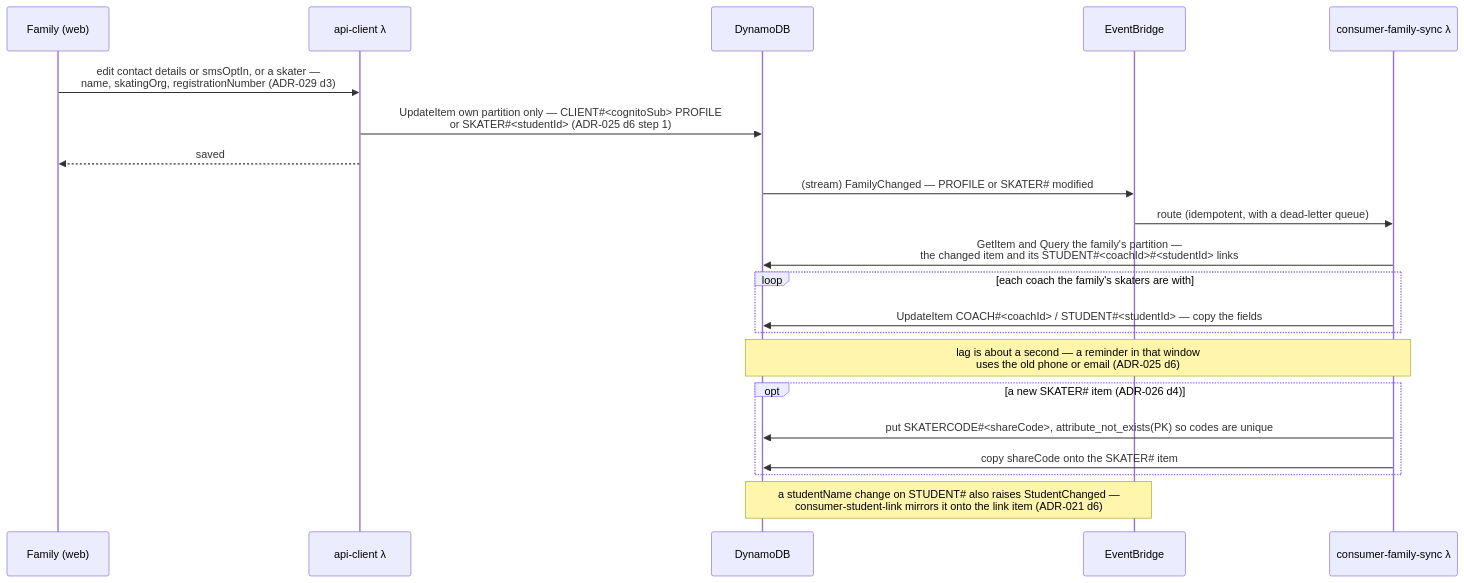
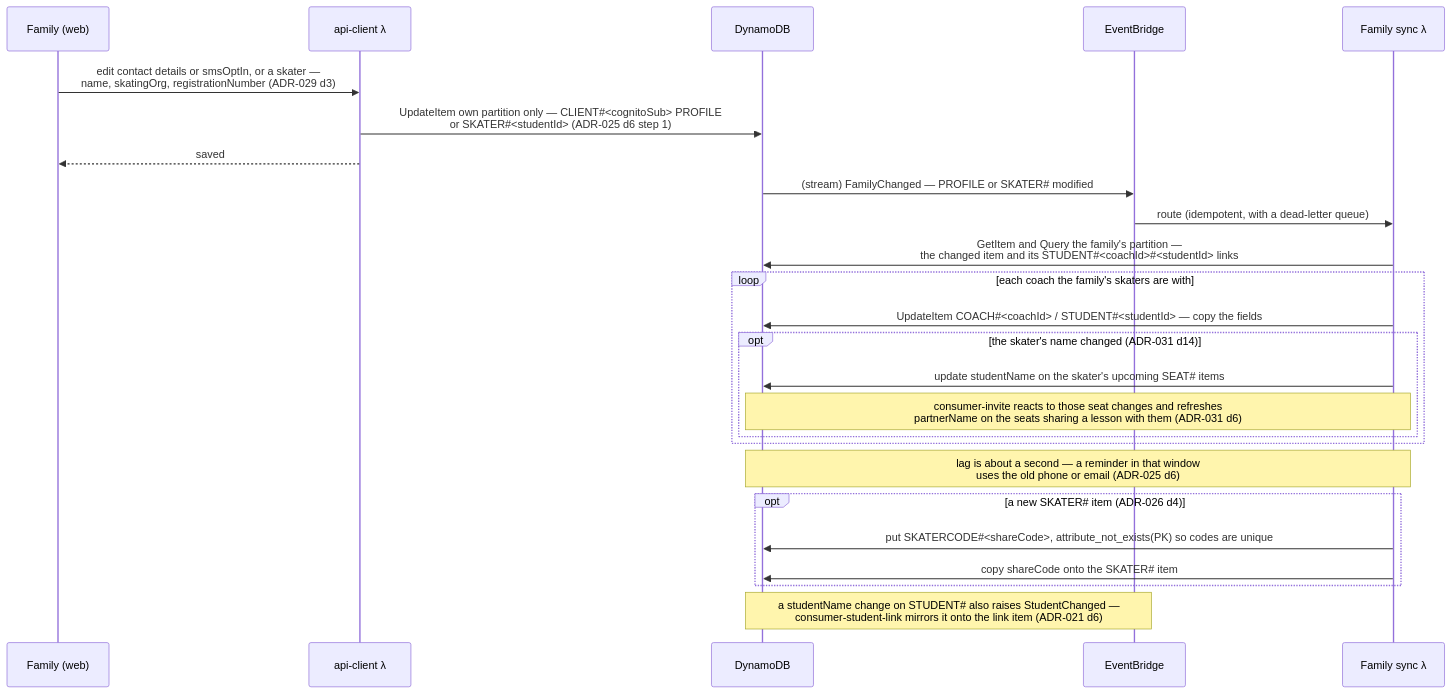
Diagram 14 of 23 in docs/architecture.md (jessicamvega6/bladebook), drawn with Mermaid before and after one commit. The commit also changed other lines of this file and 26 other files, not shown here.

First line of the commit message:
Design doc updates: diagrams synced, shared-lesson and leave rules

````diff
--- a/docs/architecture.md
+++ b/docs/architecture.md
@@ -1041,23 +1328,27 @@
 ```mermaid
 sequenceDiagram
     participant F as Family (web)
     participant API as api-client λ
     participant DB as DynamoDB
     participant Bus as EventBridge
-    participant FS as consumer-family-sync λ
+    participant FS as Family sync λ
     F->>API: edit contact details or smsOptIn, or a skater —<br/>name, skatingOrg, registrationNumber (ADR-029 d3)
     API->>DB: UpdateItem own partition only — CLIENT#35;<cognitoSub> PROFILE<br/>or SKATER#35;<studentId> (ADR-025 d6 step 1)
     API-->>F: saved
     DB->>Bus: (stream) FamilyChanged — PROFILE or SKATER#35; modified
     Bus->>FS: route (idempotent, with a dead-letter queue)
     FS->>DB: GetItem and Query the family's partition —<br/>the changed item and its STUDENT#35;<coachId>#35;<studentId> links
     loop each coach the family's skaters are with
         FS->>DB: UpdateItem COACH#35;<coachId> / STUDENT#35;<studentId> — copy the fields
+        opt the skater's name changed (ADR-031 d14)
+            FS->>DB: update studentName on the skater's upcoming SEAT#35; items
+            Note over FS,DB: consumer-invite reacts to those seat changes and refreshes<br/>partnerName on the seats sharing a lesson with them (ADR-031 d6)
+        end
     end
     Note over FS,DB: lag is about a second — a reminder in that window<br/>uses the old phone or email (ADR-025 d6)
     opt a new SKATER#35; item (ADR-026 d4)
         FS->>DB: put SKATERCODE#35;<shareCode>, attribute_not_exists(PK) so codes are unique
         FS->>DB: copy shareCode onto the SKATER#35; item
     end
     Note over DB,Bus: a studentName change on STUDENT#35; also raises StudentChanged —<br/>consumer-student-link mirrors it onto the link item (ADR-021 d6)
 ```
````
